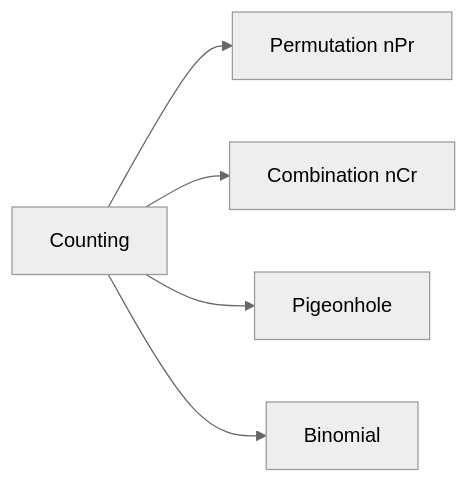
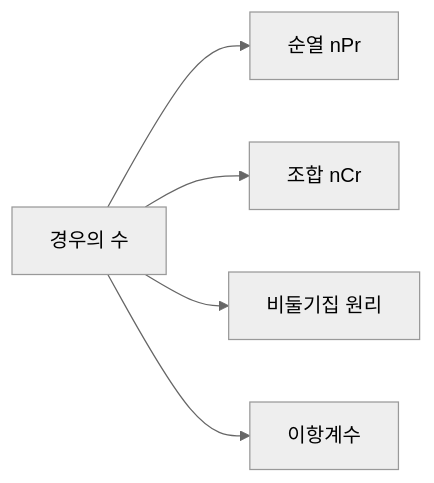
One commit to yeongseon-books/book-content changed the diagram in content/math-for-cs-101/ko/05-combinatorics.md. Above: the diagram before and after it, drawn with Mermaid (neutral theme). The commit also changed other lines of this file and 8 other files, not shown here.

````diff
--- a/content/math-for-cs-101/ko/05-combinatorics.md
+++ b/content/math-for-cs-101/ko/05-combinatorics.md
@@ -33,7 +45,7 @@
 ```mermaid
 flowchart LR
-    A[Counting] --> B[Permutation nPr]
-    A --> C[Combination nCr]
-    A --> D[Pigeonhole]
-    A --> E[Binomial]
+    A["경우의 수"] --> B["순열 nPr"]
+    A --> C["조합 nCr"]
+    A --> D["비둘기집 원리"]
+    A --> E["이항계수"]
 ```
````
